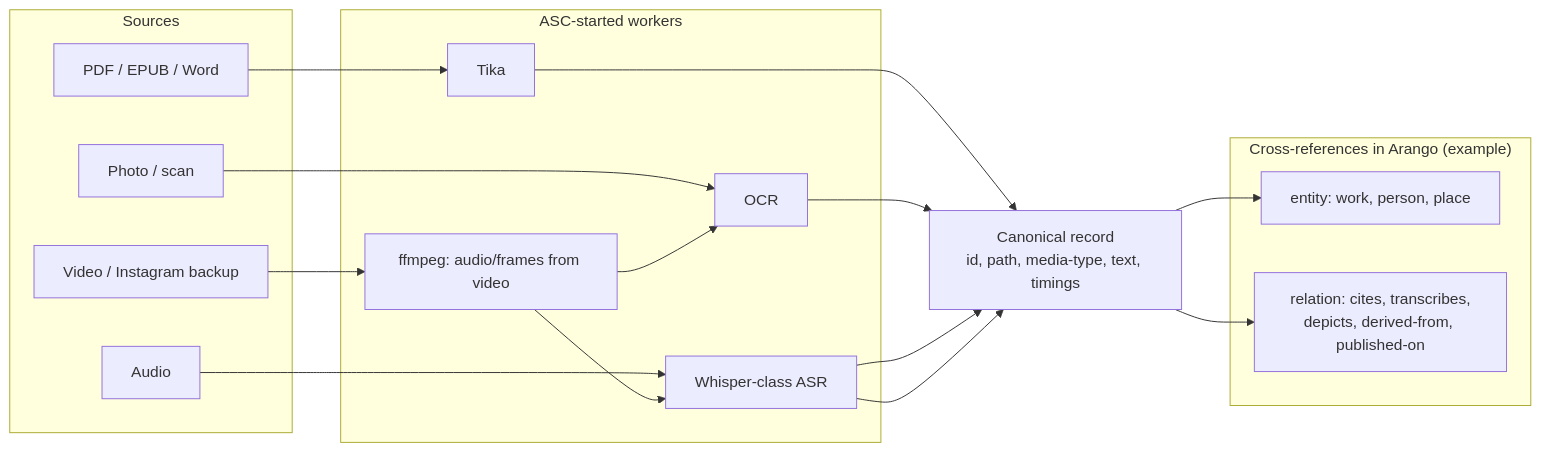
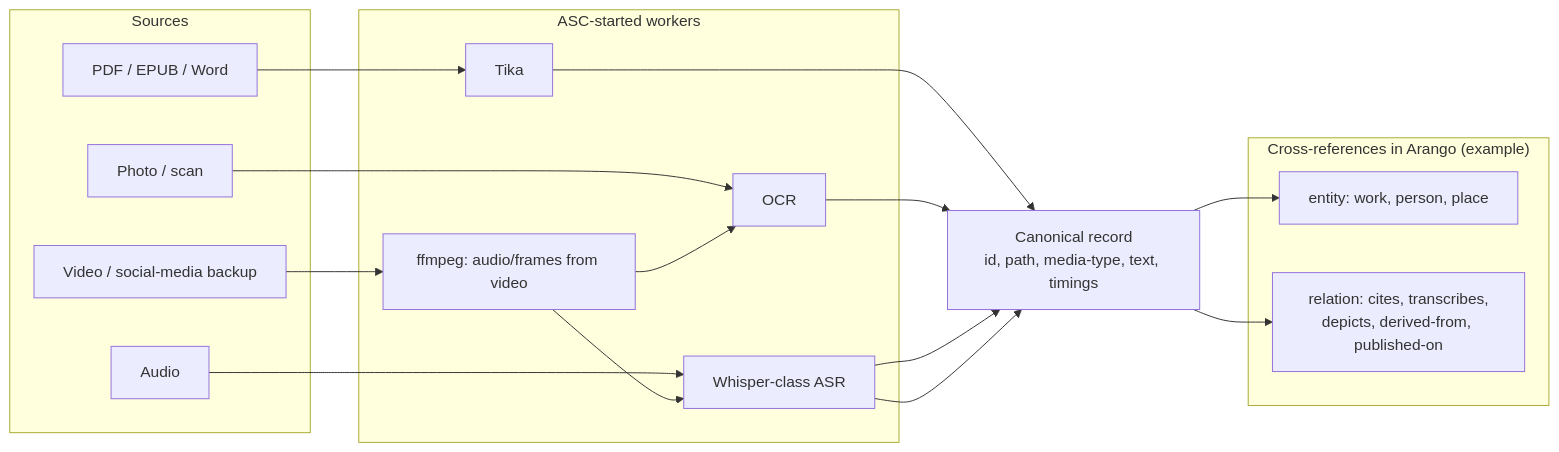
The eighth of 8 diagrams in data/ideas/2026/08/17-local-dev-stack-architecture.md (Paulmicha/projet-complexe-asc), drawn with Mermaid before and after one commit. The commit also changed other lines of this file and 1 other file, not shown here.

Commit message:
docs: elaborate on the local dev stack architecture

````diff
--- a/data/ideas/2026/08/17-local-dev-stack-architecture.md
+++ b/data/ideas/2026/08/17-local-dev-stack-architecture.md
@@ -245,32 +391,32 @@
 ```mermaid
 flowchart LR
   subgraph sources["Sources"]
     PDF["PDF / EPUB / Word"]
     IMG["Photo / scan"]
     AUD["Audio"]
-    VID["Video / Instagram backup"]
+    VID["Video / social-media backup"]
   end
 
   subgraph jobs["ASC-started workers"]
     T["Tika"]
     O["OCR"]
     W["Whisper-class ASR"]
     F["ffmpeg: audio/frames from video"]
   end
 
   C["Canonical record<br/>id, path, media-type, text, timings"]
 
   subgraph xref["Cross-references in Arango (example)"]
     E["entity: work, person, place"]
     R["relation: cites, transcribes,<br/>depicts, derived-from, published-on"]
   end
 
   PDF --> T --> C
   IMG --> O --> C
   AUD --> W --> C
   VID --> F --> W
   F --> O
   W --> C
   C --> E
   C --> R
 ```
````
